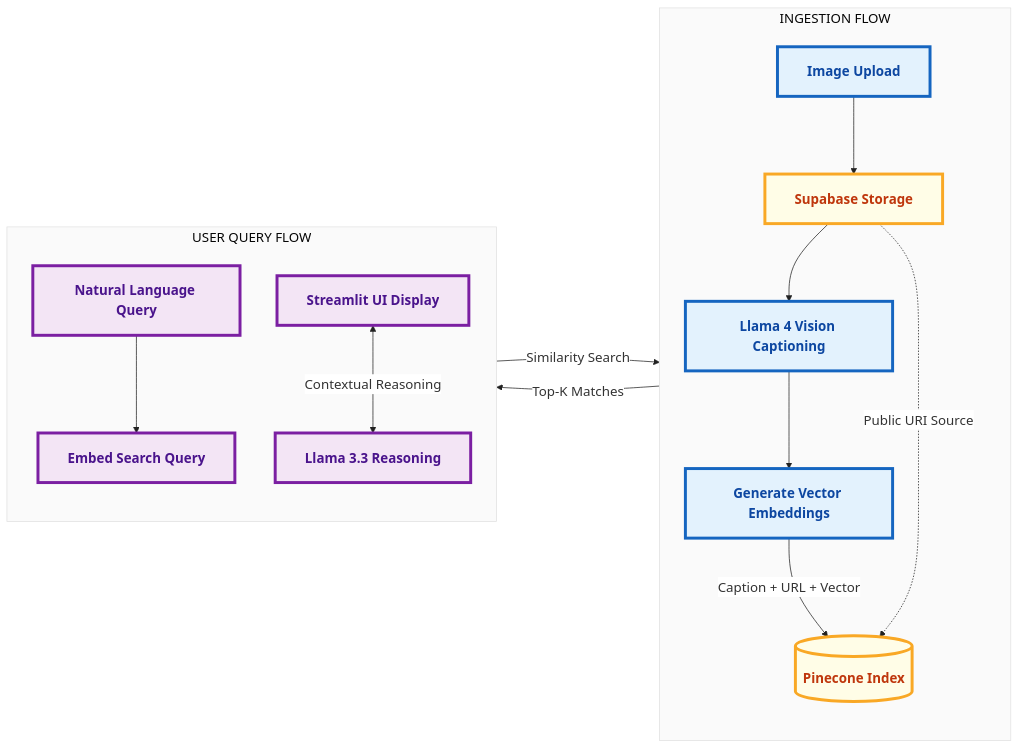
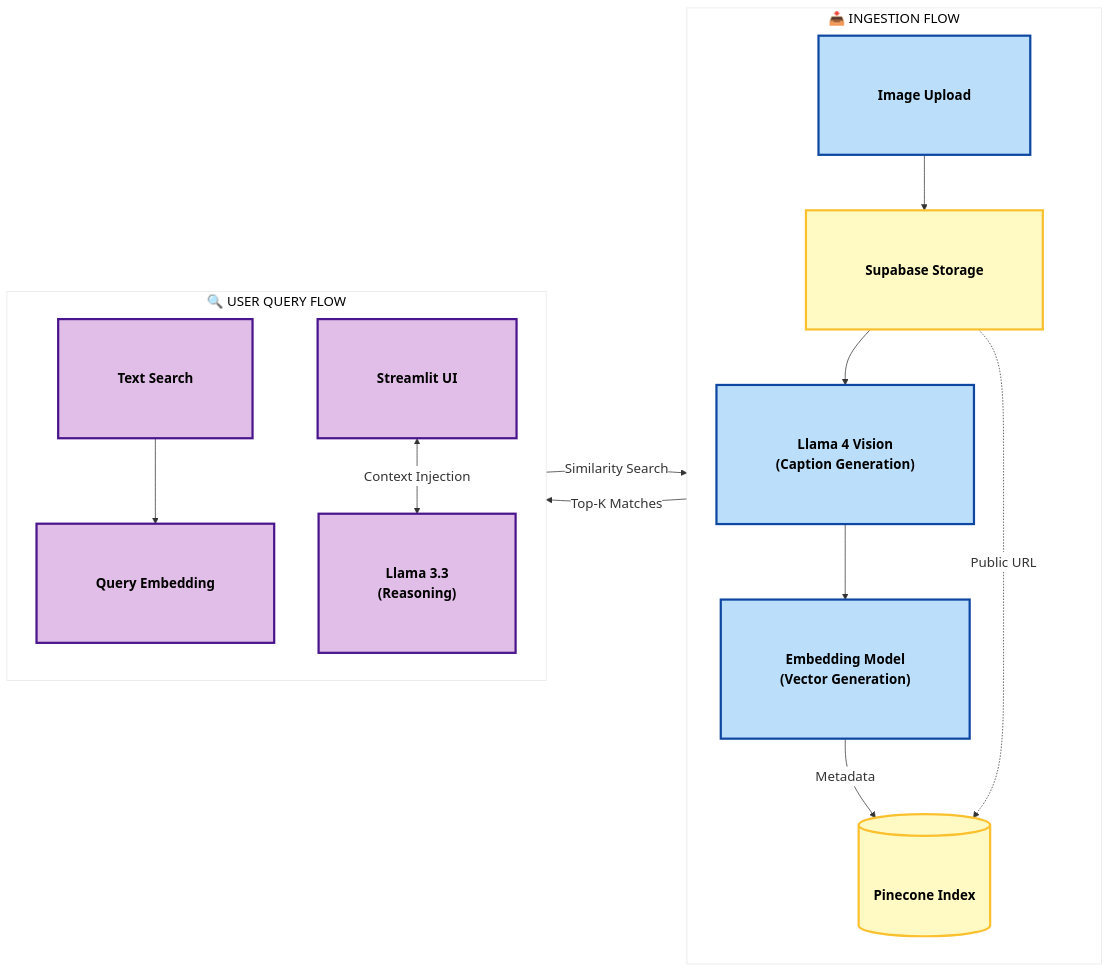
One commit to bkqz/digital-asset-manager changed the diagram in README.md. Above: the diagram before and after it, drawn with Mermaid.

Commit message:
update architecture diagram v2

````diff
--- a/README.md
+++ b/README.md
@@ -23,48 +23,48 @@
 ```mermaid
 %%{init: { 
   'theme': 'base',
   'themeVariables': {
     'fontSize': '18px',
-    'fontFamily': 'inter, sans-serif',
+    'fontFamily': 'arial',
     'primaryColor': '#ffffff',
-    'primaryBorderColor': '#1A237E',
-    'lineColor': '#212121',
-    'tertiaryColor': '#FAFAFA'
+    'primaryBorderColor': '#000000',
+    'lineColor': '#333333'
   },
   'flowchart': {
-    'nodeSpacing': 50,
-    'rankSpacing': 80,
-    'padding': 20
+    'htmlLabels': true,
+    'curve': 'basis',
+    'nodeSpacing': 60,
+    'padding': 40
   }
 }}%%
 
 flowchart LR
-    %% High-Contrast Class Definitions
-    classDef ingestion fill:#E3F2FD,stroke:#1565C0,stroke-width:4px,color:#0D47A1,font-weight:800;
-    classDef storage fill:#FFFDE7,stroke:#F9A825,stroke-width:4px,color:#BF360C,font-weight:800;
-    classDef query fill:#F3E5F5,stroke:#7B1FA2,stroke-width:4px,color:#4A148C,font-weight:800;
+    %% Accessible Class Definitions with forced padding
+    classDef ingestion fill:#BBDEFB,stroke:#0D47A1,stroke-width:3px,color:#000000,font-weight:bold,padding:15px;
+    classDef storage fill:#FFF9C4,stroke:#FBC02D,stroke-width:3px,color:#000000,font-weight:bold,padding:15px;
+    classDef query fill:#E1BEE7,stroke:#4A148C,stroke-width:3px,color:#000000,font-weight:bold,padding:15px;
 
-    subgraph INGESTION ["`INGESTION FLOW`"]
+    subgraph INGESTION ["📥 INGESTION FLOW"]
         direction TB
-        IMG_UPLOAD[" Image Upload "] --> SUPA_STORE[" Supabase Storage "]
-        SUPA_STORE --> LLAMA_VISION[" Llama 4 Vision Captioning "]
-        LLAMA_VISION --> EMBED_GEN[" Generate Vector Embeddings "]
-        EMBED_GEN -- " Caption + URL + Vector " --> PINECONE[(" Pinecone Index ")]
+        A["`**Image Upload**`"] --> B["`**Supabase Storage**`"]
+        B --> C["`**Llama 4 Vision**<br/>(Caption Generation)`"]
+        C --> D["`**Embedding Model**<br/>(Vector Generation)`"]
+        D -- "Metadata" --> E[(Pinecone Index)]
     end
 
-    subgraph QUERY [" USER QUERY FLOW "]
+    subgraph QUERY ["🔍 USER QUERY FLOW"]
         direction TB
-        USER_INPUT[" Natural Language Query "] --> QUERY_EMBED[" Embed Search Query "]
-        QUERY_EMBED -- Similarity Search --> PINECONE
-        PINECONE -- " Top-K Matches " --> STREAMLIT_UI[" Streamlit UI Display "]
-        STREAMLIT_UI <-- " Contextual Reasoning " --> LLAMA_REASON[" Llama 3.3 Reasoning "]
+        F["`**Text Search**`"] --> G["`**Query Embedding**`"]
+        G -- "Similarity Search" --> E
+        E -- "Top-K Matches" --> H["`**Streamlit UI**`"]
+        H <-- "Context Injection" --> I["`**Llama 3.3**<br/>(Reasoning)`"]
     end
 
     %% Interaction Link
-    SUPA_STORE -. "`Public URI Source`" .-> PINECONE
+    B -. "Public URL" .-> E
     
-    %% Applying Accessible Classes
-    class IMG_UPLOAD,LLAMA_VISION,EMBED_GEN ingestion;
-    class PINECONE,SUPA_STORE storage;
-    class USER_INPUT,QUERY_EMBED,STREAMLIT_UI,LLAMA_REASON query;
+    %% Applying Classes
+    class A,C,D ingestion;
+    class E,B storage;
+    class F,G,H,I query;
 ```
````
